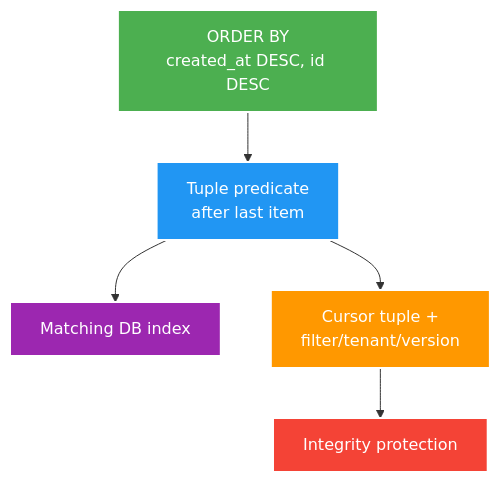
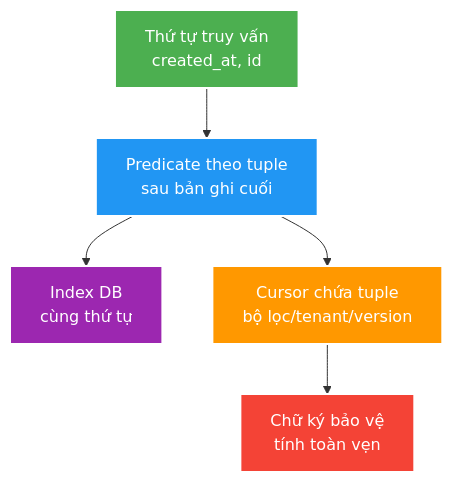
The diagram in docs/learning/topics/api/theory/deep-dives/cursor-pagination-compatible-evolution-and-proxy-boundaries.md (HungPhan200591/live-stream-backend), drawn with Mermaid before and after one commit. The commit also changed other lines of this file and 177 other files, not shown here.

````diff
--- a/docs/learning/topics/api/theory/deep-dives/cursor-pagination-compatible-evolution-and-proxy-boundaries.md
+++ b/docs/learning/topics/api/theory/deep-dives/cursor-pagination-compatible-evolution-and-proxy-boundaries.md
@@ -18,12 +18,12 @@
 ```mermaid
 flowchart TB
-    O["ORDER BY<br/>created_at DESC, id DESC"] --> P["Tuple predicate<br/>after last item"]
-    P --> I["Matching DB index"]
-    P --> C["Cursor tuple +<br/>filter/tenant/version"]
-    C --> S["Integrity protection"]
+    O["Thứ tự truy vấn<br/>created_at, id"] --> P["Predicate theo tuple<br/>sau bản ghi cuối"]
+    P --> I["Index DB<br/>cùng thứ tự"]
+    P --> C["Cursor chứa tuple<br/>bộ lọc/tenant/version"]
+    C --> S["Chữ ký bảo vệ<br/>tính toàn vẹn"]
     style O fill:#4CAF50,stroke:#fff,stroke-width:2px,color:#fff
     style P fill:#2196F3,stroke:#fff,stroke-width:2px,color:#fff
     style I fill:#9C27B0,stroke:#fff,stroke-width:2px,color:#fff
     style C fill:#FF9800,stroke:#fff,stroke-width:2px,color:#fff
     style S fill:#F44336,stroke:#fff,stroke-width:2px,color:#fff
 ```
````
